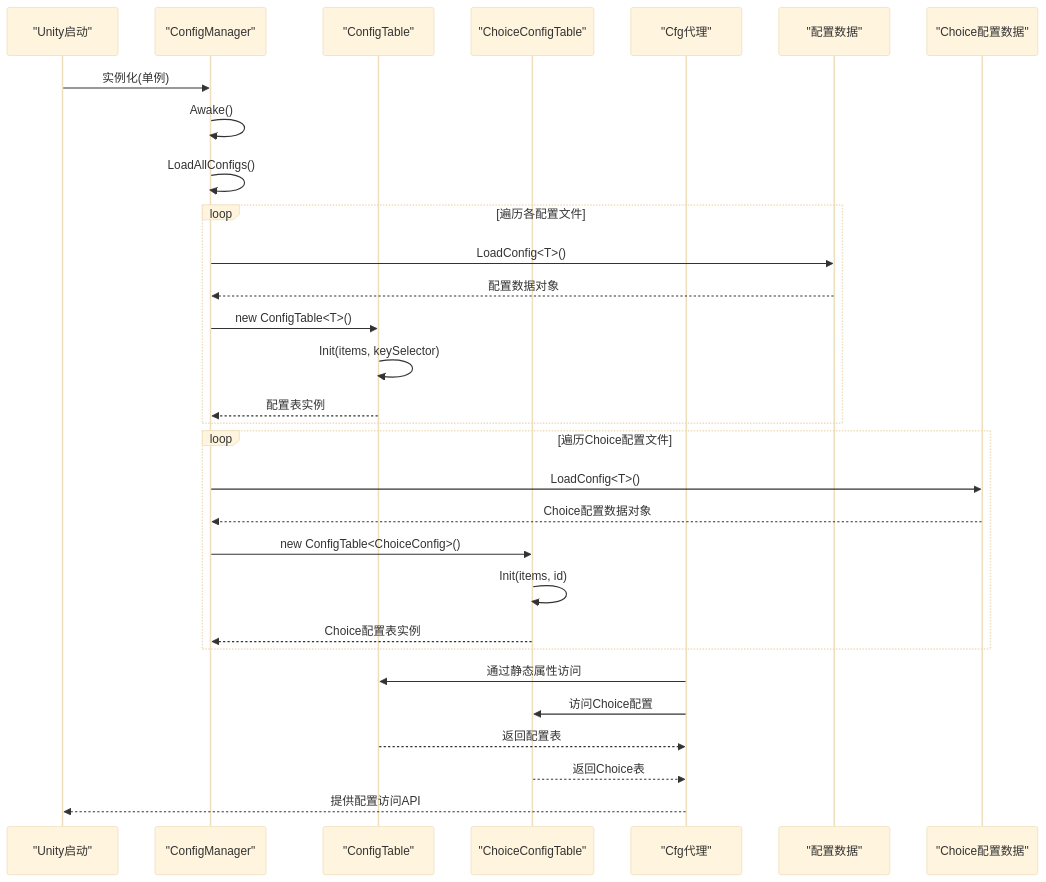
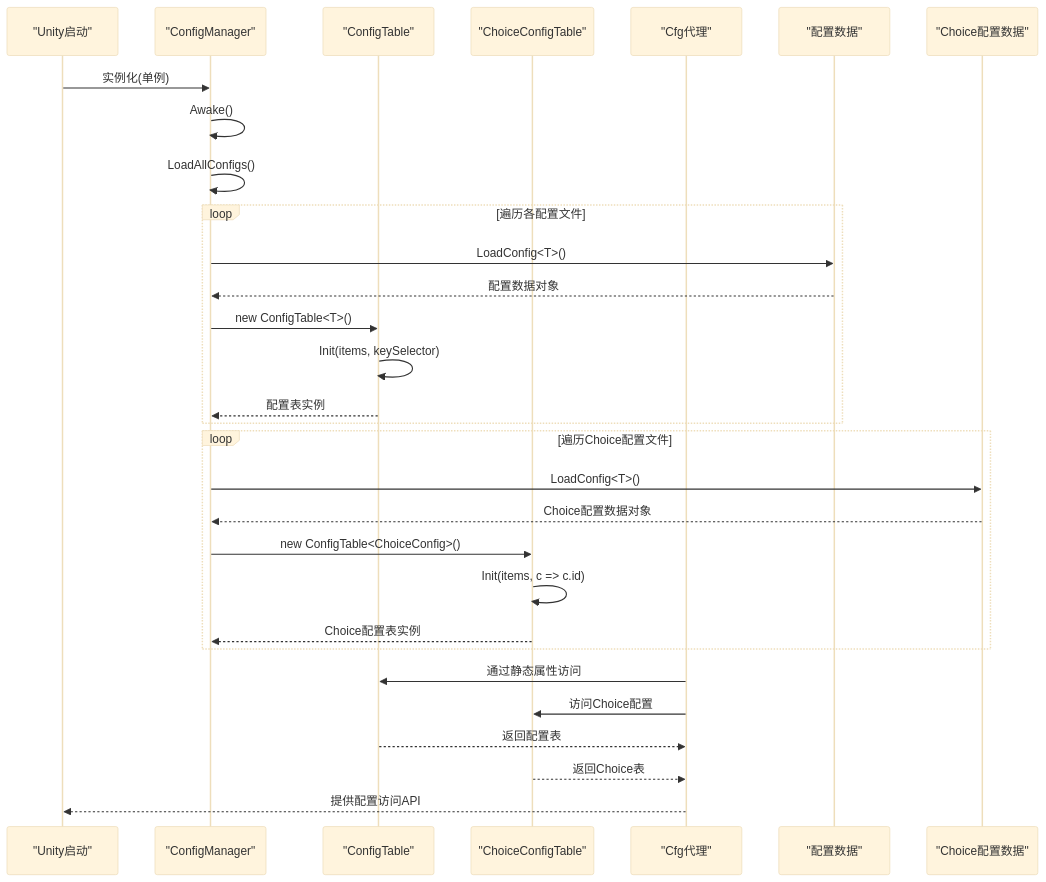
Before and after one commit to Tuusen/p1_client: the second of 4 diagrams in .qoder/repowiki/zh/content/配置管理系统/配置管理系统.md, drawn with Mermaid (base theme). The commit also changed other lines of this file and 9 other files, not shown here.

````diff
--- a/.qoder/repowiki/zh/content/配置管理系统/配置管理系统.md
+++ b/.qoder/repowiki/zh/content/配置管理系统/配置管理系统.md
@@ -161,32 +152,32 @@
 ```mermaid
 sequenceDiagram
 participant Boot as "Unity启动"
 participant CM as "ConfigManager"
 participant CT as "ConfigTable"
 participant CC as "ChoiceConfigTable"
 participant CFG as "Cfg代理"
 participant Data as "配置数据"
 participant ChoiceData as "Choice配置数据"
 Boot->>CM : 实例化(单例)
 CM->>CM : Awake()
 CM->>CM : LoadAllConfigs()
 loop 遍历各配置文件
 CM->>Data : LoadConfig<T>()
 Data-->>CM : 配置数据对象
 CM->>CT : new ConfigTable<T>()
 CT->>CT : Init(items, keySelector)
 CT-->>CM : 配置表实例
 end
 loop 遍历Choice配置文件
 CM->>ChoiceData : LoadConfig<T>()
 ChoiceData-->>CM : Choice配置数据对象
 CM->>CC : new ConfigTable<ChoiceConfig>()
-CC->>CC : Init(items, id)
+CC->>CC : Init(items, c => c.id)
 CC-->>CM : Choice配置表实例
 end
 CFG->>CT : 通过静态属性访问
 CFG->>CC : 访问Choice配置
 CT-->>CFG : 返回配置表
 CC-->>CFG : 返回Choice表
 CFG-->>Boot : 提供配置访问API
 ```
````
